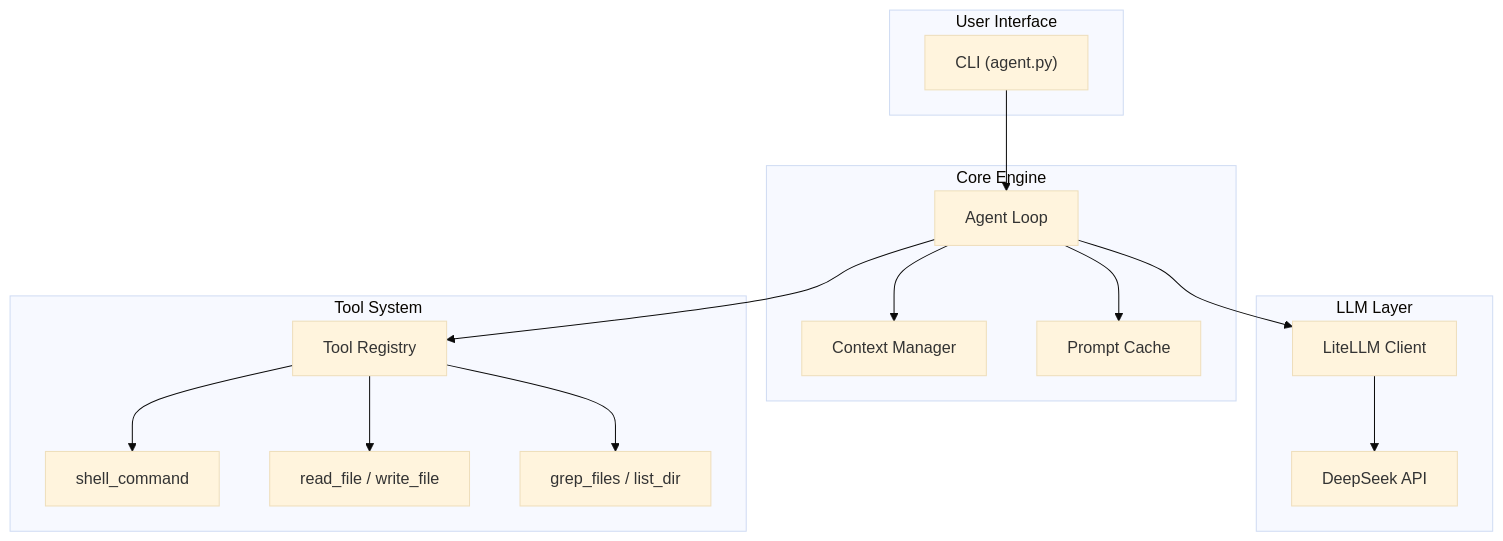
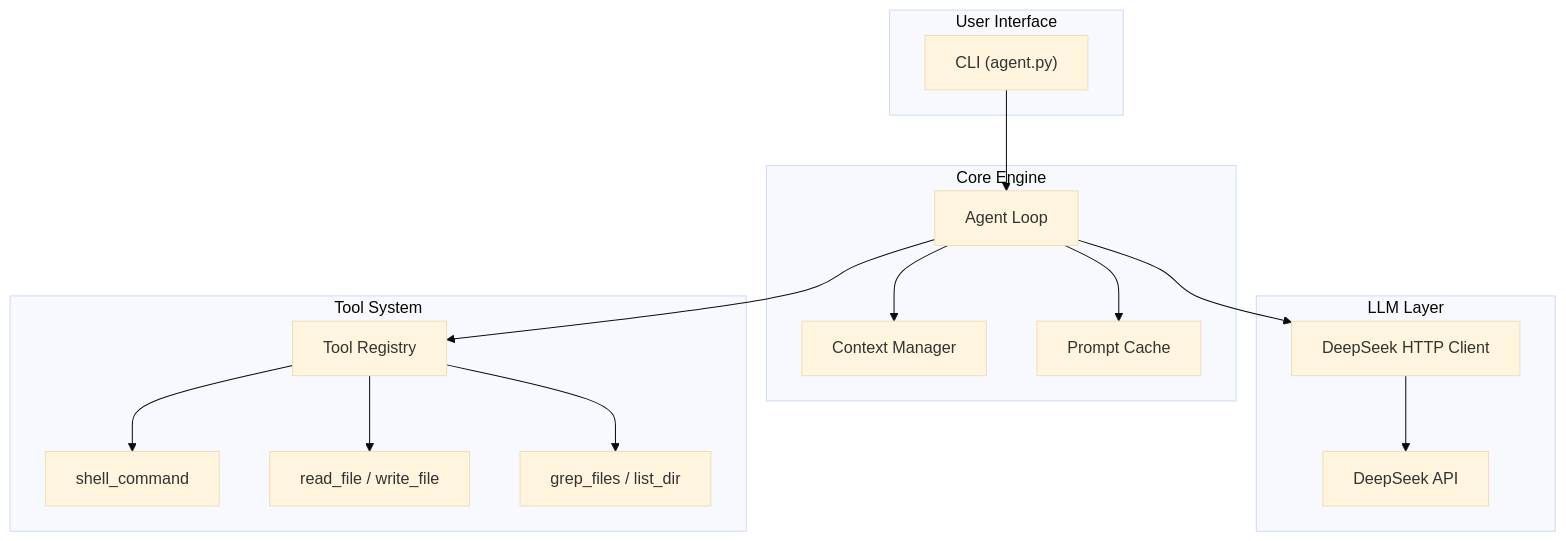
The diagram in docs/README.md (BaseIntelligence/baseagent), drawn with Mermaid (base theme) before and after one commit. The commit also changed other lines of this file and 9 other files, not shown here.

Commit message:
Update Harbor and DeepSeek docs

````diff
--- a/docs/README.md
+++ b/docs/README.md
@@ -52,34 +52,34 @@
 ```mermaid
 graph TB
     subgraph User["User Interface"]
         CLI["CLI (agent.py)"]
     end
     
     subgraph Core["Core Engine"]
         Loop["Agent Loop"]
         Context["Context Manager"]
         Cache["Prompt Cache"]
     end
     
     subgraph LLM["LLM Layer"]
-        Client["LiteLLM Client"]
+        Client["DeepSeek HTTP Client"]
         Provider["DeepSeek API"]
     end
     
     subgraph Tools["Tool System"]
         Registry["Tool Registry"]
         Shell["shell_command"]
         Files["read_file / write_file"]
         Search["grep_files / list_dir"]
     end
     
     CLI --> Loop
     Loop --> Context
     Loop --> Cache
     Loop --> Client
     Client --> Provider
     Loop --> Registry
     Registry --> Shell
     Registry --> Files
     Registry --> Search
 ```
````
